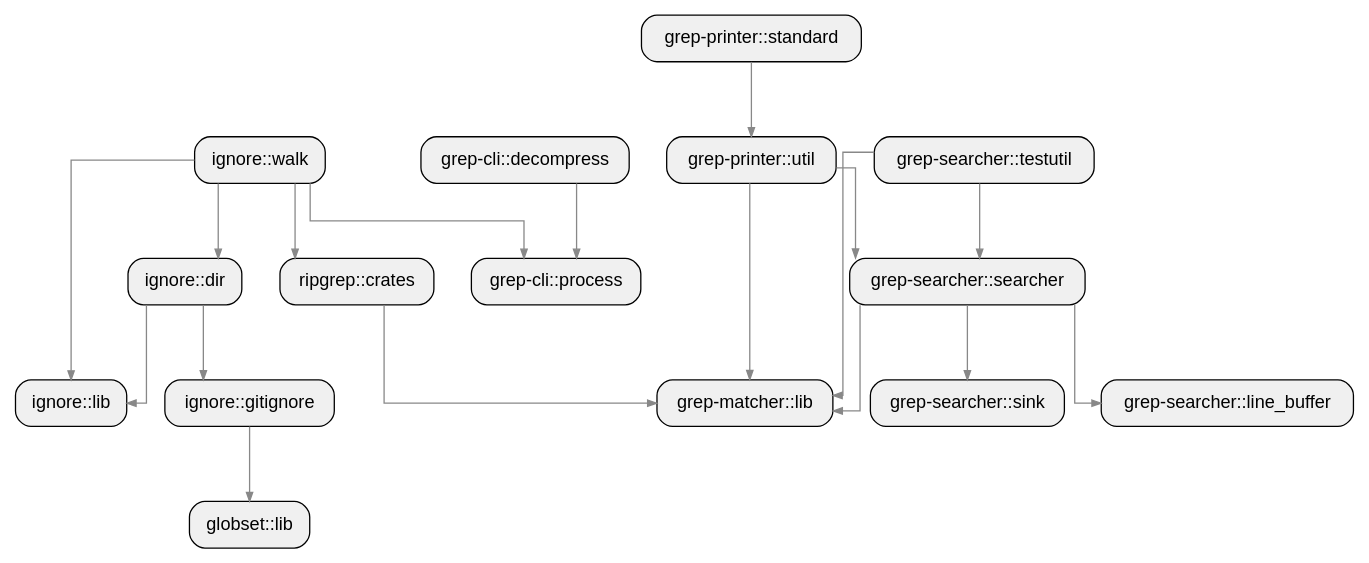
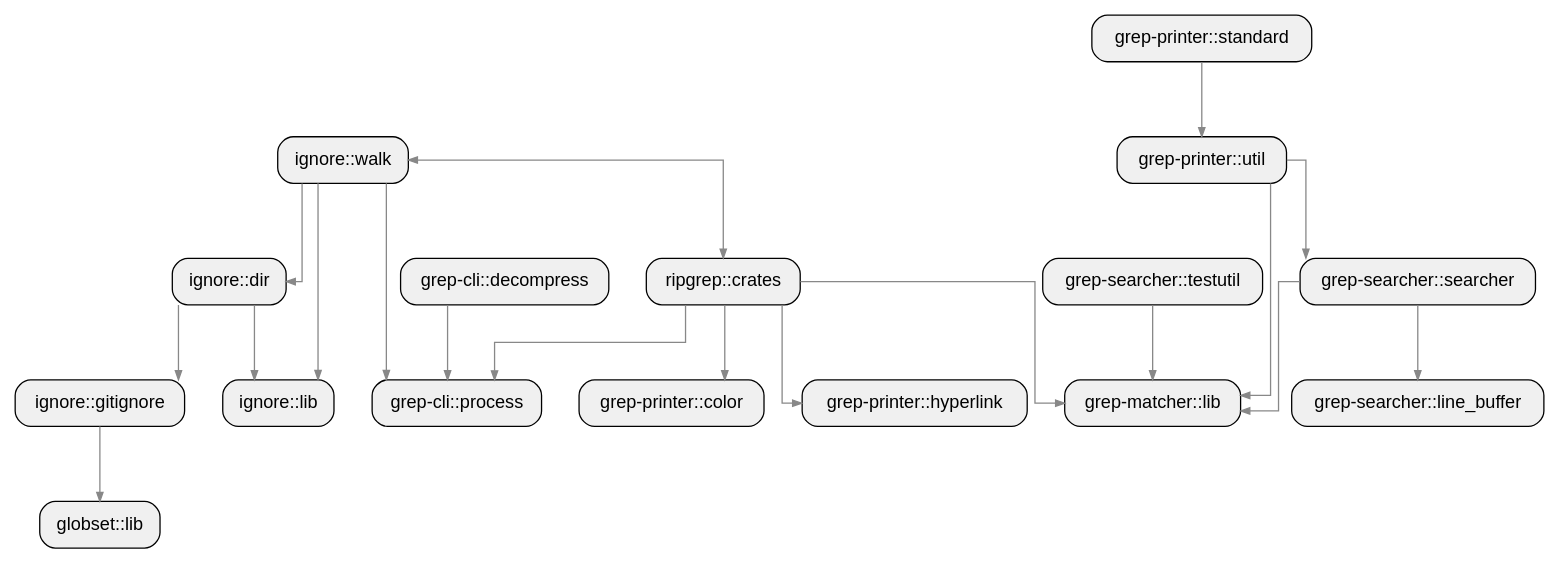
Before and after one commit to allenanswerzq/llmcc: the diagram in sample/rust/ripgrep-pagerank/depth_2_module.dot, drawn with Graphviz. The commit also changed 402 other files, not shown here.

```diff
--- a/sample/rust/ripgrep-pagerank/depth_2_module.dot
+++ b/sample/rust/ripgrep-pagerank/depth_2_module.dot
@@ -1,47 +1,50 @@
 digraph architecture {
   rankdir=TB;
   ranksep=0.8;
   nodesep=0.4;
   splines=ortho;
   concentrate=true;
 
   node [shape=box, style="rounded,filled", fillcolor="#f0f0f0", fontname="Helvetica"];
   edge [color="#888888", arrowsize=0.7];
 
   labelloc=t;
   fontsize=16;
 
   mod_globset_lib[label="globset::lib", path="/home/yibai/llmcc/sample/repos/ripgrep/crates/globset/src"];
   mod_grep_cli_decompress[label="grep-cli::decompress", path="/home/yibai/llmcc/sample/repos/ripgrep/crates/cli/src"];
   mod_grep_cli_process[label="grep-cli::process", path="/home/yibai/llmcc/sample/repos/ripgrep/crates/cli/src"];
   mod_grep_matcher_lib[label="grep-matcher::lib", path="/home/yibai/llmcc/sample/repos/ripgrep/crates/matcher/src"];
+  mod_grep_printer_color[label="grep-printer::color", path="/home/yibai/llmcc/sample/repos/ripgrep/crates/printer/src"];
+  mod_grep_printer_hyperlink[label="grep-printer::hyperlink", path="/home/yibai/llmcc/sample/repos/ripgrep/crates/printer/src/hyperlink"];
   mod_grep_printer_standard[label="grep-printer::standard", path="/home/yibai/llmcc/sample/repos/ripgrep/crates/printer/src"];
   mod_grep_printer_util[label="grep-printer::util", path="/home/yibai/llmcc/sample/repos/ripgrep/crates/printer/src"];
   mod_grep_searcher_line_buffer[label="grep-searcher::line_buffer", path="/home/yibai/llmcc/sample/repos/ripgrep/crates/searcher/src"];
   mod_grep_searcher_searcher[label="grep-searcher::searcher", path="/home/yibai/llmcc/sample/repos/ripgrep/crates/searcher/src/searcher"];
-  mod_grep_searcher_sink[label="grep-searcher::sink", path="/home/yibai/llmcc/sample/repos/ripgrep/crates/searcher/src"];
   mod_grep_searcher_testutil[label="grep-searcher::testutil", path="/home/yibai/llmcc/sample/repos/ripgrep/crates/searcher/src"];
   mod_ignore_dir[label="ignore::dir", path="/home/yibai/llmcc/sample/repos/ripgrep/crates/ignore/src"];
   mod_ignore_gitignore[label="ignore::gitignore", path="/home/yibai/llmcc/sample/repos/ripgrep/crates/ignore/src"];
   mod_ignore_lib[label="ignore::lib", path="/home/yibai/llmcc/sample/repos/ripgrep/crates/ignore/src"];
   mod_ignore_walk[label="ignore::walk", path="/home/yibai/llmcc/sample/repos/ripgrep/crates/ignore/src"];
   mod_ripgrep_crates[label="ripgrep::crates", path="/home/yibai/llmcc/sample/repos/ripgrep/crates"];
 
   mod_grep_cli_decompress -> mod_grep_cli_process;
   mod_grep_printer_standard -> mod_grep_printer_util;
   mod_grep_printer_util -> mod_grep_matcher_lib;
   mod_grep_printer_util -> mod_grep_searcher_searcher;
   mod_grep_searcher_searcher -> mod_grep_matcher_lib;
   mod_grep_searcher_searcher -> mod_grep_searcher_line_buffer;
-  mod_grep_searcher_searcher -> mod_grep_searcher_sink;
   mod_grep_searcher_testutil -> mod_grep_matcher_lib;
-  mod_grep_searcher_testutil -> mod_grep_searcher_searcher;
   mod_ignore_dir -> mod_ignore_gitignore;
   mod_ignore_dir -> mod_ignore_lib;
   mod_ignore_gitignore -> mod_globset_lib;
   mod_ignore_walk -> mod_grep_cli_process;
   mod_ignore_walk -> mod_ignore_dir;
   mod_ignore_walk -> mod_ignore_lib;
   mod_ignore_walk -> mod_ripgrep_crates;
+  mod_ripgrep_crates -> mod_grep_cli_process;
   mod_ripgrep_crates -> mod_grep_matcher_lib;
+  mod_ripgrep_crates -> mod_grep_printer_color;
+  mod_ripgrep_crates -> mod_grep_printer_hyperlink;
+  mod_ripgrep_crates -> mod_ignore_walk;
 }
```
